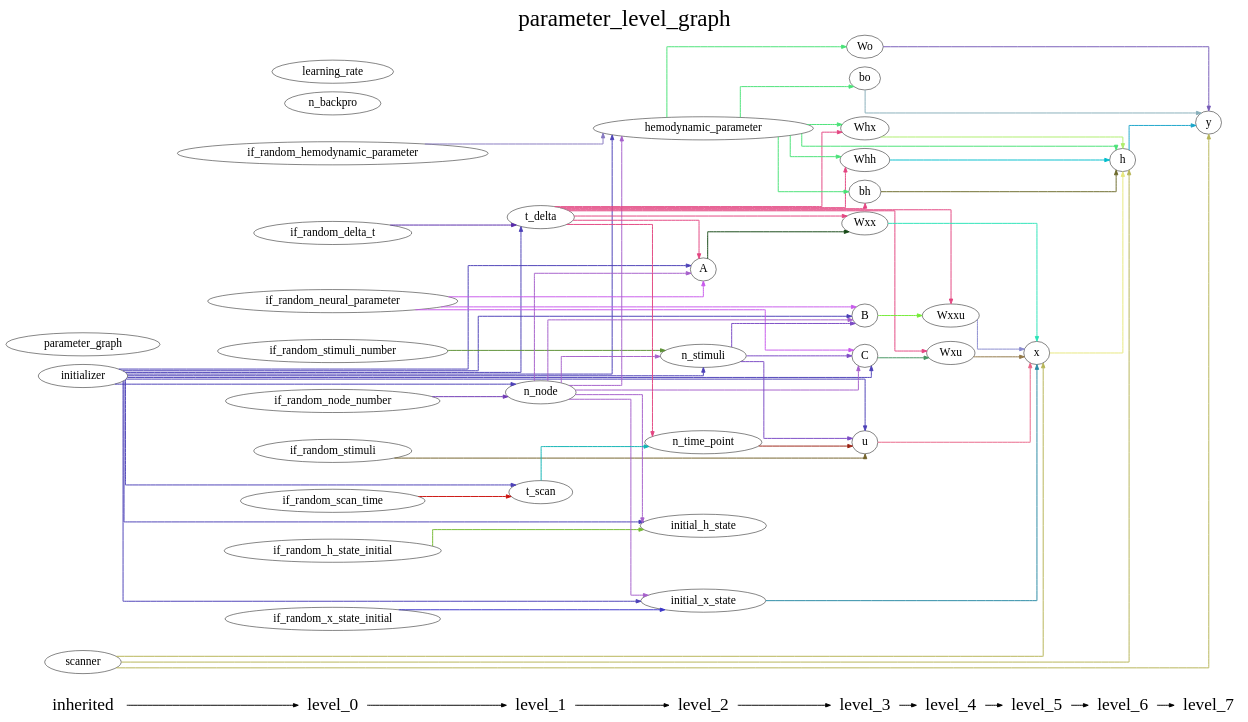
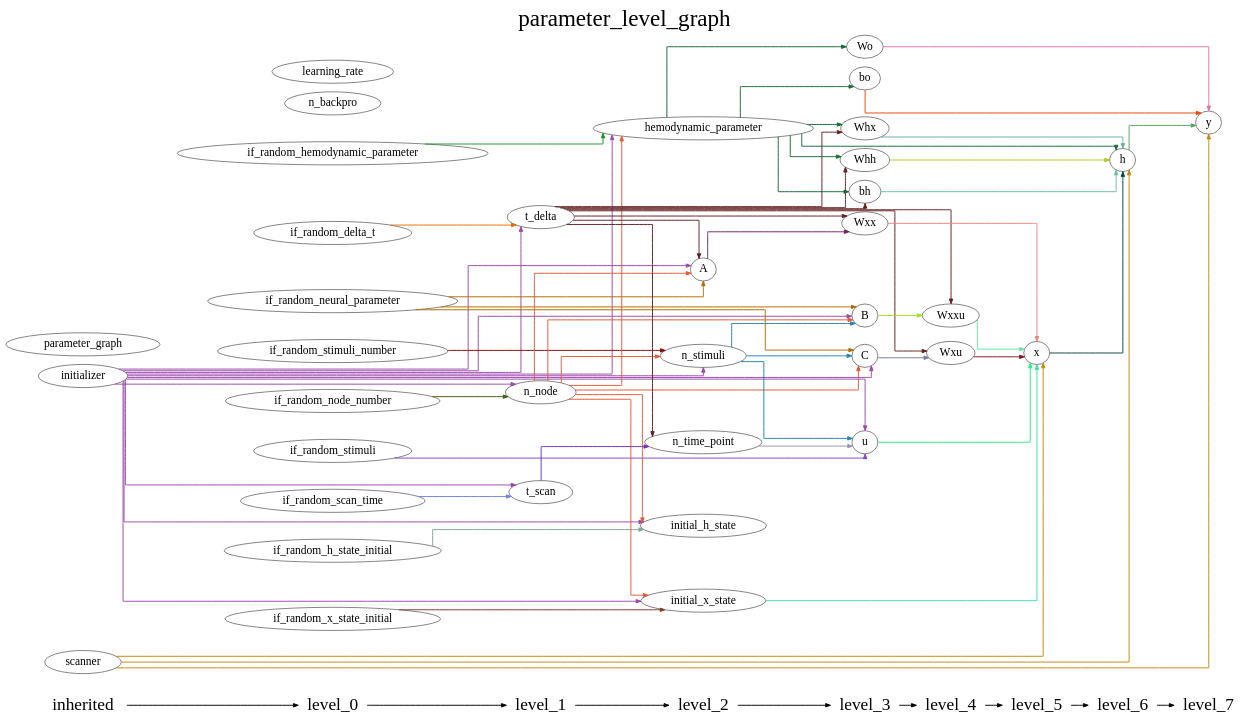
The diagram in DCM_RNN/documents/parameter_level_graph.gv (YuanWangOnward/DCM_RNN), drawn with Graphviz before and after one commit. The commit also changed 4 other files, not shown here.

```diff
--- a/DCM_RNN/documents/parameter_level_graph.gv
+++ b/DCM_RNN/documents/parameter_level_graph.gv
@@ -1,156 +1,156 @@
 digraph G {
           splines=ortho;
           fontsize = 48;
           rankdir = "LR";
           node[fontsize=24];
           edge[penwidth=2];
           {
           node [shape=plaintext fontsize=36];
           inherited -> 
           level_0 -> 
           level_1 -> 
           level_2 -> 
           level_3 -> 
           level_4 -> 
           level_5 -> 
           level_6 -> 
           level_7
           }
           {rank = same;
           inherited;
           initializer;
           parameter_graph;
           scanner;
           }
           {rank = same;
           level_0;
           if_random_neural_parameter;
           if_random_hemodynamic_parameter;
           if_random_x_state_initial;
           if_random_h_state_initial;
           if_random_stimuli;
           if_random_node_number;
           if_random_stimuli_number;
           if_random_delta_t;
           if_random_scan_time;
           n_backpro;
           learning_rate;
           }
           {rank = same;
           level_1;
           n_node;
           t_delta;
           t_scan;
           }
           {rank = same;
           level_2;
           n_time_point;
           n_stimuli;
           A;
           hemodynamic_parameter;
           initial_x_state;
           initial_h_state;
           }
           {rank = same;
           level_3;
           u;
           B;
           C;
           Wxx;
           Whx;
           Whh;
           bh;
           Wo;
           bo;
           }
           {rank = same;
           level_4;
           Wxxu;
           Wxu;
           }
           {rank = same;
           level_5;
           x;
           }
           {rank = same;
           level_6;
           h;
           }
           {rank = same;
           level_7;
           y;
           }
-          hemodynamic_parameter -> bo [color="#49E277"];
-          hemodynamic_parameter -> Whx [color="#49E277"];
-          hemodynamic_parameter -> Wo [color="#49E277"];
-          hemodynamic_parameter -> bh [color="#49E277"];
-          hemodynamic_parameter -> Whh [color="#49E277"];
-          hemodynamic_parameter -> h [color="#49E277"];
+          u -> x [color="#27EB84"];
+          if_random_scan_time -> t_scan [color="#7481E4"];
+          if_random_neural_parameter -> B [color="#B06B01"];
+          if_random_neural_parameter -> A [color="#B06B01"];
+          if_random_neural_parameter -> C [color="#B06B01"];
+          if_random_node_number -> n_node [color="#415C10"];
+          Wxu -> x [color="#791624"];
           parameter_graph ;
-          C -> Wxu [color="#449561"];
-          t_delta -> n_time_point [color="#E34581"];
-          t_delta -> Wxx [color="#E34581"];
-          t_delta -> Whx [color="#E34581"];
-          t_delta -> A [color="#E34581"];
-          t_delta -> bh [color="#E34581"];
-          t_delta -> Wxu [color="#E34581"];
-          t_delta -> Whh [color="#E34581"];
-          t_delta -> Wxxu [color="#E34581"];
-          n_time_point -> u [color="#9B2314"];
-          u -> x [color="#EA6587"];
-          n_node -> hemodynamic_parameter [color="#A660CB"];
-          n_node -> C [color="#A660CB"];
-          n_node -> initial_h_state [color="#A660CB"];
-          n_node -> B [color="#A660CB"];
-          n_node -> A [color="#A660CB"];
-          n_node -> initial_x_state [color="#A660CB"];
-          n_node -> n_stimuli [color="#A660CB"];
-          if_random_node_number -> n_node [color="#6E38B4"];
+          n_node -> initial_h_state [color="#E25836"];
+          n_node -> hemodynamic_parameter [color="#E25836"];
+          n_node -> B [color="#E25836"];
+          n_node -> initial_x_state [color="#E25836"];
+          n_node -> n_stimuli [color="#E25836"];
+          n_node -> A [color="#E25836"];
+          n_node -> C [color="#E25836"];
+          if_random_hemodynamic_parameter -> hemodynamic_parameter [color="#1B9629"];
+          n_time_point -> u [color="#9595B5"];
+          bo -> y [color="#EA4801"];
+          t_scan -> n_time_point [color="#6931B9"];
+          bh -> h [color="#65C0A4"];
+          hemodynamic_parameter -> bo [color="#166935"];
+          hemodynamic_parameter -> bh [color="#166935"];
+          hemodynamic_parameter -> Whh [color="#166935"];
+          hemodynamic_parameter -> h [color="#166935"];
+          hemodynamic_parameter -> Whx [color="#166935"];
+          hemodynamic_parameter -> Wo [color="#166935"];
+          if_random_stimuli -> u [color="#8347C2"];
+          x -> h [color="#0C4343"];
+          B -> Wxxu [color="#A0E212"];
           initial_h_state ;
-          B -> Wxxu [color="#73EB35"];
-          if_random_stimuli_number -> n_stimuli [color="#5B9034"];
-          bo -> y [color="#86AEB9"];
-          Wxx -> x [color="#2AE3B7"];
-          Whx -> h [color="#AEEE6C"];
-          A -> Wxx [color="#144814"];
-          Wo -> y [color="#775BB8"];
-          if_random_neural_parameter -> C [color="#C859EC"];
-          if_random_neural_parameter -> B [color="#C859EC"];
-          if_random_neural_parameter -> A [color="#C859EC"];
-          bh -> h [color="#6C6A2A"];
-          Wxu -> x [color="#927848"];
-          t_scan -> n_time_point [color="#0EB3B3"];
-          if_random_delta_t -> t_delta [color="#5629AA"];
+          if_random_h_state_initial -> initial_h_state [color="#81A596"];
+          h -> y [color="#52A55C"];
+          Wo -> y [color="#E272A3"];
+          C -> Wxu [color="#7979A7"];
+          n_backpro ;
+          Wxxu -> x [color="#6AE3A1"];
+          initializer -> n_node [color="#9B49AC"];
+          initializer -> initial_h_state [color="#9B49AC"];
+          initializer -> t_scan [color="#9B49AC"];
+          initializer -> hemodynamic_parameter [color="#9B49AC"];
+          initializer -> B [color="#9B49AC"];
+          initializer -> initial_x_state [color="#9B49AC"];
+          initializer -> n_stimuli [color="#9B49AC"];
+          initializer -> A [color="#9B49AC"];
+          initializer -> u [color="#9B49AC"];
+          initializer -> t_delta [color="#9B49AC"];
+          initializer -> C [color="#9B49AC"];
+          if_random_stimuli_number -> n_stimuli [color="#870B0A"];
+          initial_x_state -> x [color="#3CE2A5"];
+          if_random_x_state_initial -> initial_x_state [color="#764229"];
+          n_stimuli -> B [color="#2284AC"];
+          n_stimuli -> u [color="#2284AC"];
+          n_stimuli -> C [color="#2284AC"];
+          Whx -> h [color="#68AEA1"];
+          A -> Wxx [color="#742461"];
+          Wxx -> x [color="#E8857B"];
           learning_rate ;
-          initial_x_state -> x [color="#2889A4"];
-          scanner -> x [color="#B6B456"];
-          scanner -> h [color="#B6B456"];
-          scanner -> y [color="#B6B456"];
-          if_random_stimuli -> u [color="#72622A"];
-          h -> y [color="#19A5CA"];
-          n_backpro ;
-          if_random_h_state_initial -> initial_h_state [color="#76B933"];
-          Whh -> h [color="#03BECC"];
-          if_random_x_state_initial -> initial_x_state [color="#3B35C9"];
-          x -> h [color="#E7E87E"];
-          n_stimuli -> C [color="#7B4AC5"];
-          n_stimuli -> u [color="#7B4AC5"];
-          n_stimuli -> B [color="#7B4AC5"];
+          if_random_delta_t -> t_delta [color="#E56E00"];
+          t_delta -> Wxu [color="#632022"];
+          t_delta -> n_time_point [color="#632022"];
+          t_delta -> bh [color="#632022"];
+          t_delta -> Wxx [color="#632022"];
+          t_delta -> Whh [color="#632022"];
+          t_delta -> Wxxu [color="#632022"];
+          t_delta -> Whx [color="#632022"];
+          t_delta -> A [color="#632022"];
+          Whh -> h [color="#ACC922"];
           y ;
-          initializer -> hemodynamic_parameter [color="#4C40B7"];
-          initializer -> C [color="#4C40B7"];
-          initializer -> t_delta [color="#4C40B7"];
-          initializer -> u [color="#4C40B7"];
-          initializer -> n_node [color="#4C40B7"];
-          initializer -> initial_h_state [color="#4C40B7"];
-          initializer -> B [color="#4C40B7"];
-          initializer -> A [color="#4C40B7"];
-          initializer -> initial_x_state [color="#4C40B7"];
-          initializer -> n_stimuli [color="#4C40B7"];
-          initializer -> t_scan [color="#4C40B7"];
-          Wxxu -> x [color="#8889CE"];
-          if_random_scan_time -> t_scan [color="#CC120E"];
-          if_random_hemodynamic_parameter -> hemodynamic_parameter [color="#8679C1"];
+          scanner -> x [color="#C28909"];
+          scanner -> h [color="#C28909"];
+          scanner -> y [color="#C28909"];
           labelloc = "t";
           label = "parameter_level_graph";
 }
```
